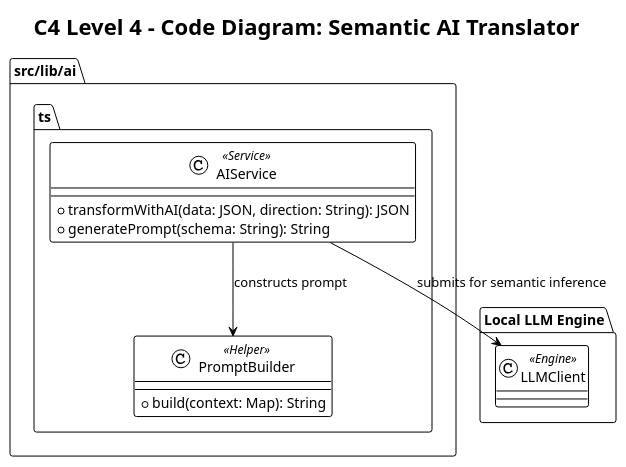
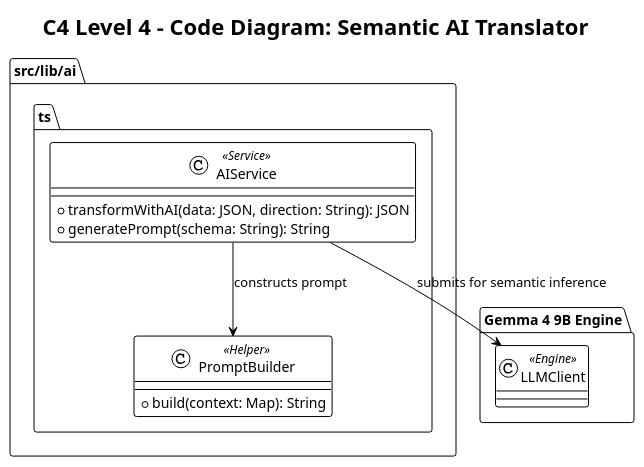
Before and after one commit to Vince0028/WAH4PCE-MERGE-CONFLICT: the diagram in apps/adapt-ipaas/code_diagrams/Component_Diagram_Low_Level_Core_Services/Semantic_AI_Translator.puml, drawn with PlantUML. The commit also changed 23 other files, not shown here.

Commit message:
feat: add C4 architecture diagrams and PlantUML models for ADAPT iPaaS middleware and services

```diff
--- a/apps/adapt-ipaas/code_diagrams/Component_Diagram_Low_Level_Core_Services/Semantic_AI_Translator.puml
+++ b/apps/adapt-ipaas/code_diagrams/Component_Diagram_Low_Level_Core_Services/Semantic_AI_Translator.puml
@@ -1,23 +1,23 @@
 @startuml Semantic_AI_Translator
 !theme plain
 title C4 Level 4 - Code Diagram: Semantic AI Translator
 
 package "src/lib/ai.ts" {
     class AIService <<Service>> {
         + transformWithAI(data: JSON, direction: String): JSON
         + generatePrompt(schema: String): String
     }
     
     class PromptBuilder <<Helper>> {
         + build(context: Map): String
     }
 }
 
-package "Local LLM Engine" {
+package "Gemma 4 9B Engine" {
     class LLMClient <<Engine>>
 }
 
 AIService --> PromptBuilder : constructs prompt
 AIService --> LLMClient : submits for semantic inference
 
 @enduml
```
